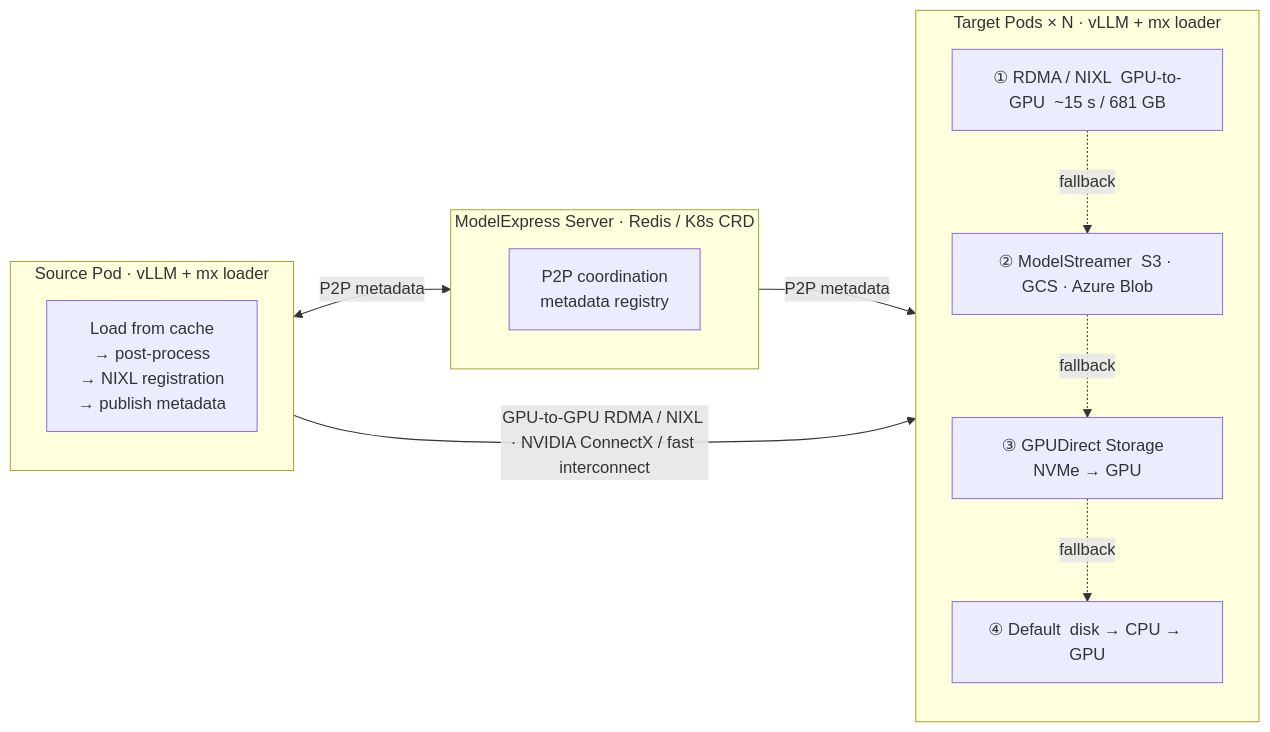
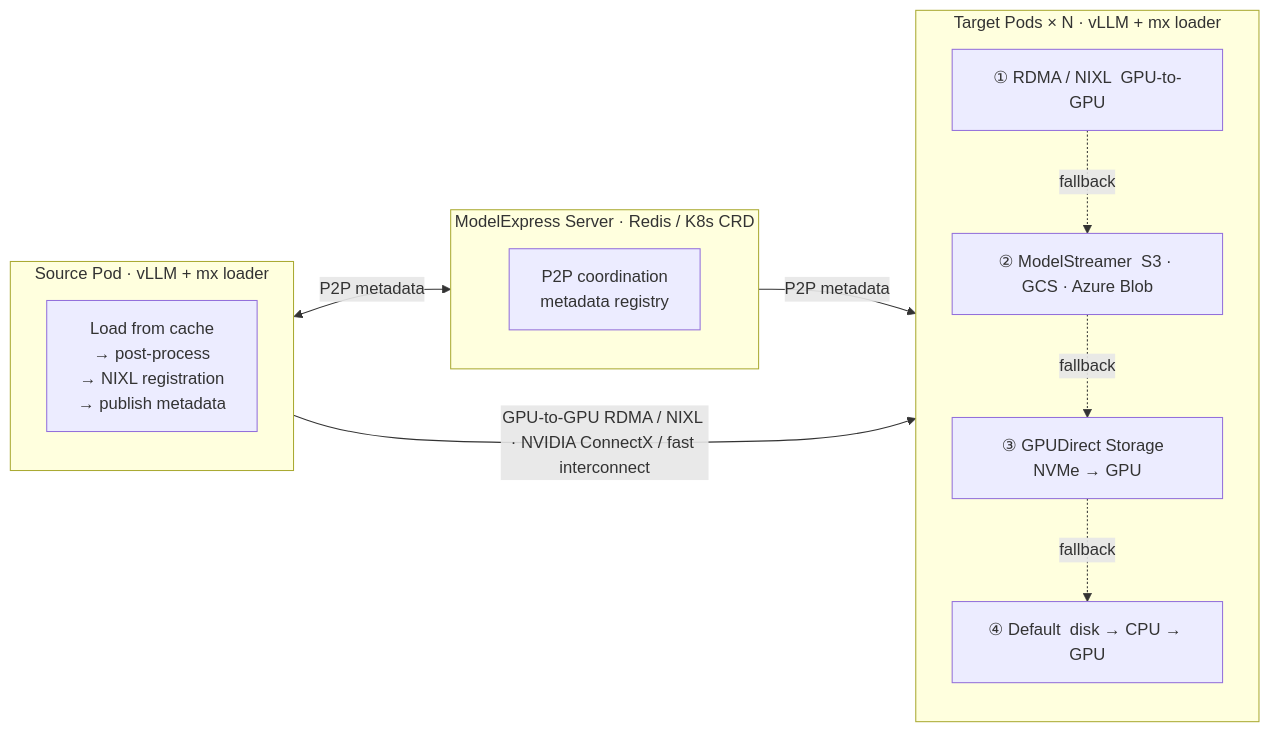
One commit to ai-dynamo/modelexpress changed the second of 2 diagrams in README.md. Above: the diagram before and after it, drawn with Mermaid. The commit also changed other lines of this file, not shown here.

Commit message:
docs: remove benchmark numbers from architecture diagram

````diff
--- a/README.md
+++ b/README.md
@@ -131,23 +131,23 @@
 ```mermaid
 flowchart LR
     subgraph mx["ModelExpress Server · Redis / K8s CRD"]
         coord["P2P coordination\nmetadata registry"]
     end
 
     subgraph source["Source Pod · vLLM + mx loader"]
         sl["Load from cache\n→ post-process\n→ NIXL registration\n→ publish metadata"]
     end
 
     subgraph targets["Target Pods × N · vLLM + mx loader"]
         direction TB
-        t1["① RDMA / NIXL  GPU-to-GPU  ~15 s / 681 GB"]
+        t1["① RDMA / NIXL  GPU-to-GPU"]
         t2["② ModelStreamer  S3 · GCS · Azure Blob"]
         t3["③ GPUDirect Storage  NVMe → GPU"]
         t4["④ Default  disk → CPU → GPU"]
         t1 -.->|fallback| t2 -.->|fallback| t3 -.->|fallback| t4
     end
 
     source <-->|"P2P metadata"| mx
     mx -->|"P2P metadata"| targets
     source -->|"GPU-to-GPU RDMA / NIXL · NVIDIA ConnectX / fast interconnect"| targets
 ```
````
